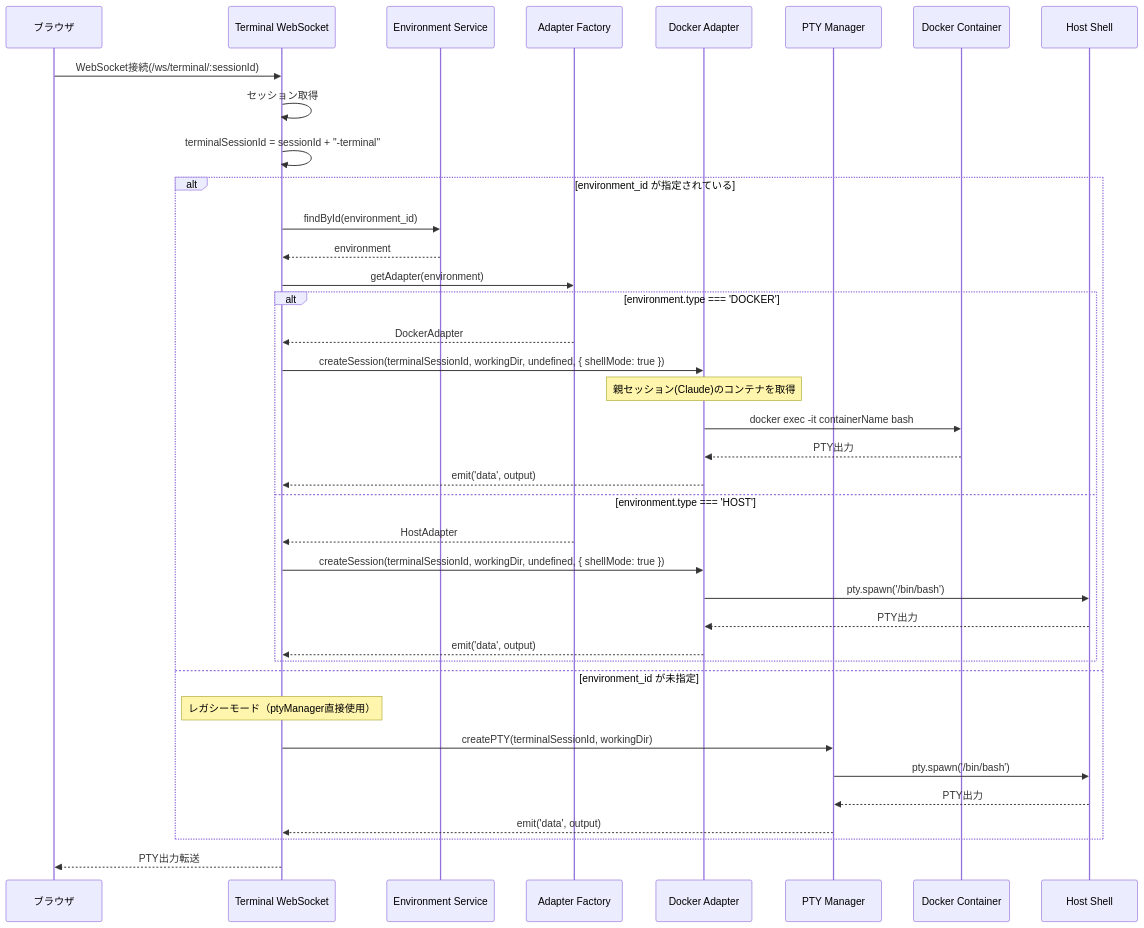
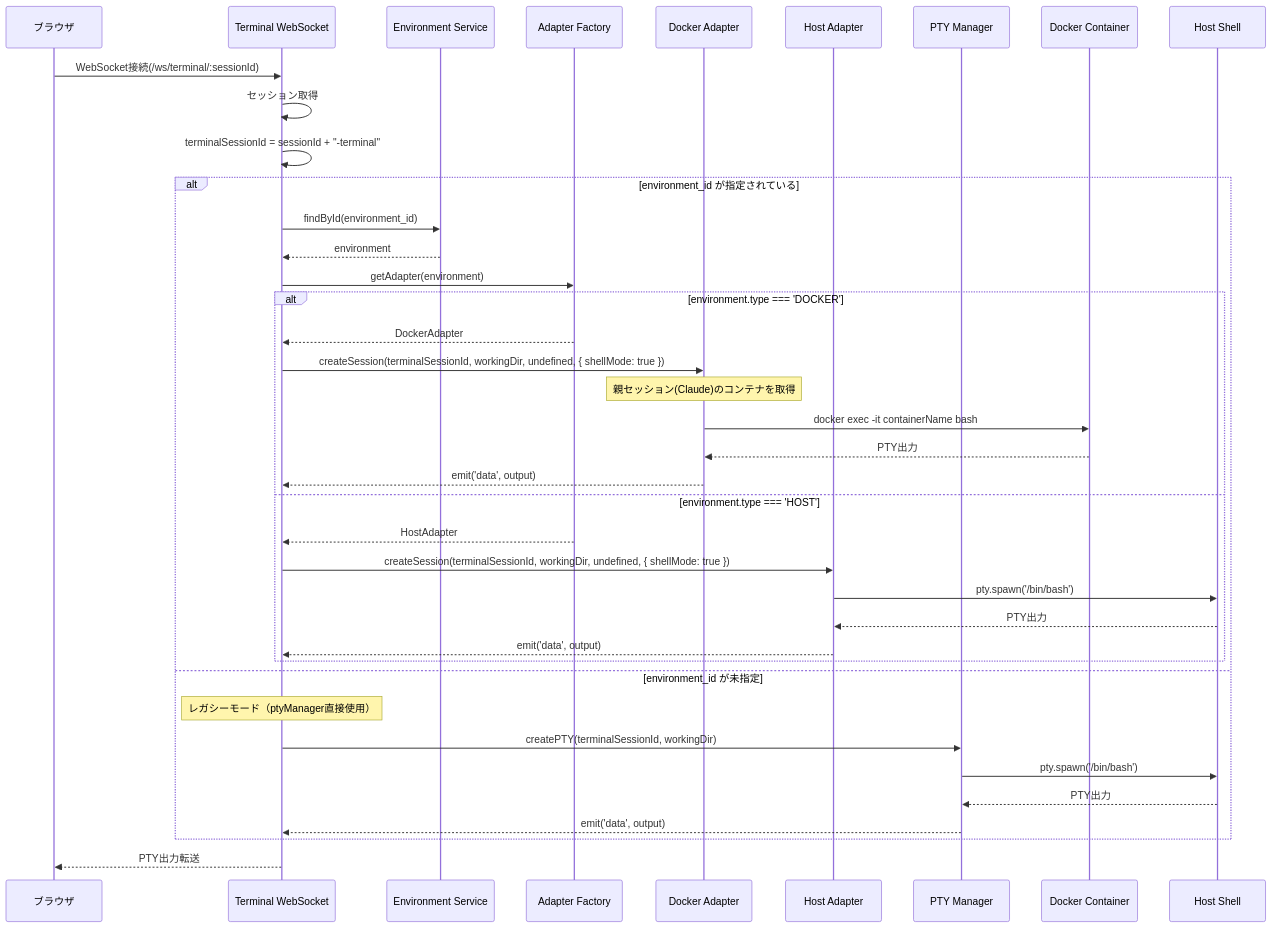
The third of 3 diagrams in docs/sdd-terminal/design.md (windschord/claude-work), drawn with Mermaid before and after one commit.

Commit message:
fix: シーケンス図のHOST分岐でDAをHAに修正
HOST環境ではDockerAdapter(DA)ではなくHostAdapter(HA)を使用するため、
シーケンス図のparticipantと矢印を修正

````diff
--- a/docs/sdd-terminal/design.md
+++ b/docs/sdd-terminal/design.md
@@ -231,44 +231,45 @@
 ```mermaid
 sequenceDiagram
     participant Client as ブラウザ
     participant TWS as Terminal WebSocket
     participant ES as Environment Service
     participant AF as Adapter Factory
     participant DA as Docker Adapter
+    participant HA as Host Adapter
     participant PM as PTY Manager
     participant Docker as Docker Container
     participant Host as Host Shell
 
     Client->>TWS: WebSocket接続(/ws/terminal/:sessionId)
     TWS->>TWS: セッション取得
     TWS->>TWS: terminalSessionId = sessionId + "-terminal"
 
     alt environment_id が指定されている
         TWS->>ES: findById(environment_id)
         ES-->>TWS: environment
         TWS->>AF: getAdapter(environment)
 
         alt environment.type === 'DOCKER'
             AF-->>TWS: DockerAdapter
             TWS->>DA: createSession(terminalSessionId, workingDir, undefined, { shellMode: true })
             Note over DA: 親セッション(Claude)のコンテナを取得
             DA->>Docker: docker exec -it containerName bash
             Docker-->>DA: PTY出力
             DA-->>TWS: emit('data', output)
         else environment.type === 'HOST'
             AF-->>TWS: HostAdapter
-            TWS->>DA: createSession(terminalSessionId, workingDir, undefined, { shellMode: true })
-            DA->>Host: pty.spawn('/bin/bash')
-            Host-->>DA: PTY出力
-            DA-->>TWS: emit('data', output)
+            TWS->>HA: createSession(terminalSessionId, workingDir, undefined, { shellMode: true })
+            HA->>Host: pty.spawn('/bin/bash')
+            Host-->>HA: PTY出力
+            HA-->>TWS: emit('data', output)
         end
     else environment_id が未指定
         Note over TWS: レガシーモード（ptyManager直接使用）
         TWS->>PM: createPTY(terminalSessionId, workingDir)
         PM->>Host: pty.spawn('/bin/bash')
         Host-->>PM: PTY出力
         PM-->>TWS: emit('data', output)
     end
 
     TWS-->>Client: PTY出力転送
 ```
````
